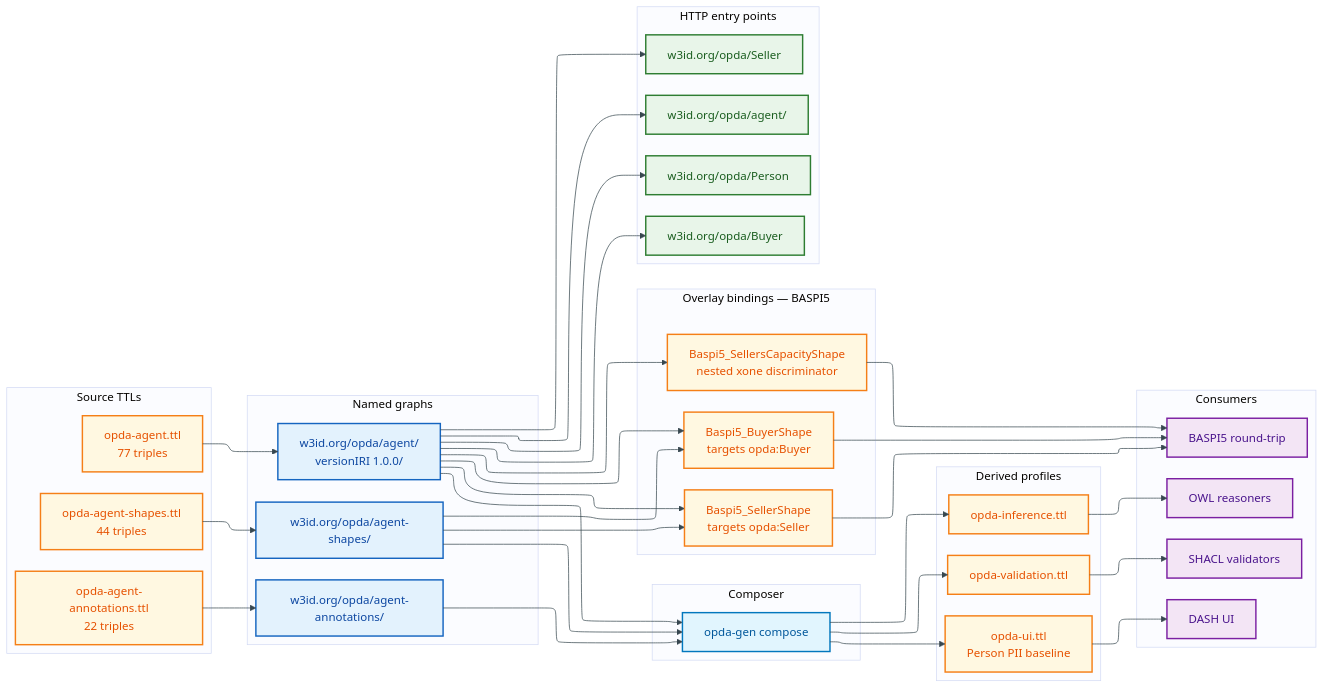
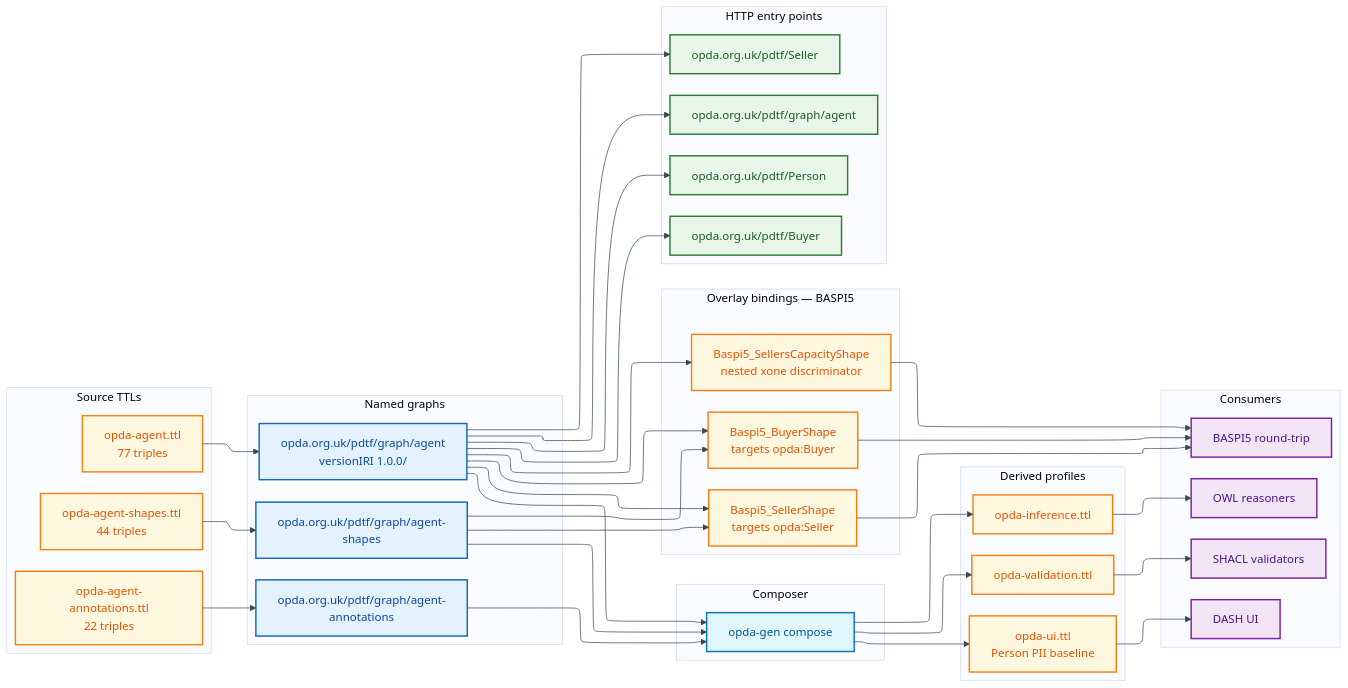
The diagram in docs/manual/physical-database/modules/agent.md (sparkling/opda), drawn with Mermaid before and after one commit. The commit also changed other lines of this file and 98 other files, not shown here.

First line of the commit message:
docs: migrate live IRI references to opda.org.uk/pdtf scheme (swarm)

```diff
--- a/docs/manual/physical-database/modules/agent.md
+++ b/docs/manual/physical-database/modules/agent.md
@@ -104,9 +104,9 @@
     end
 
     subgraph NG["Named graphs"]
-        NGT["w3id.org/opda/agent/<br/>versionIRI 1.0.0/"]:::infra
-        NGS["w3id.org/opda/agent-shapes/"]:::infra
-        NGA["w3id.org/opda/agent-annotations/"]:::infra
+        NGT["opda.org.uk/pdtf/graph/agent<br/>versionIRI 1.0.0/"]:::infra
+        NGS["opda.org.uk/pdtf/graph/agent-shapes"]:::infra
+        NGA["opda.org.uk/pdtf/graph/agent-annotations"]:::infra
     end
 
     subgraph CMP["Composer"]
@@ -126,10 +126,10 @@
     end
 
     subgraph HTTP["HTTP entry points"]
-        H1["w3id.org/opda/agent/"]:::service
-        H2["w3id.org/opda/Person"]:::service
-        H3["w3id.org/opda/Seller"]:::service
-        H4["w3id.org/opda/Buyer"]:::service
+        H1["opda.org.uk/pdtf/graph/agent"]:::service
+        H2["opda.org.uk/pdtf/Person"]:::service
+        H3["opda.org.uk/pdtf/Seller"]:::service
+        H4["opda.org.uk/pdtf/Buyer"]:::service
     end
 
     subgraph CONS["Consumers"]
```
